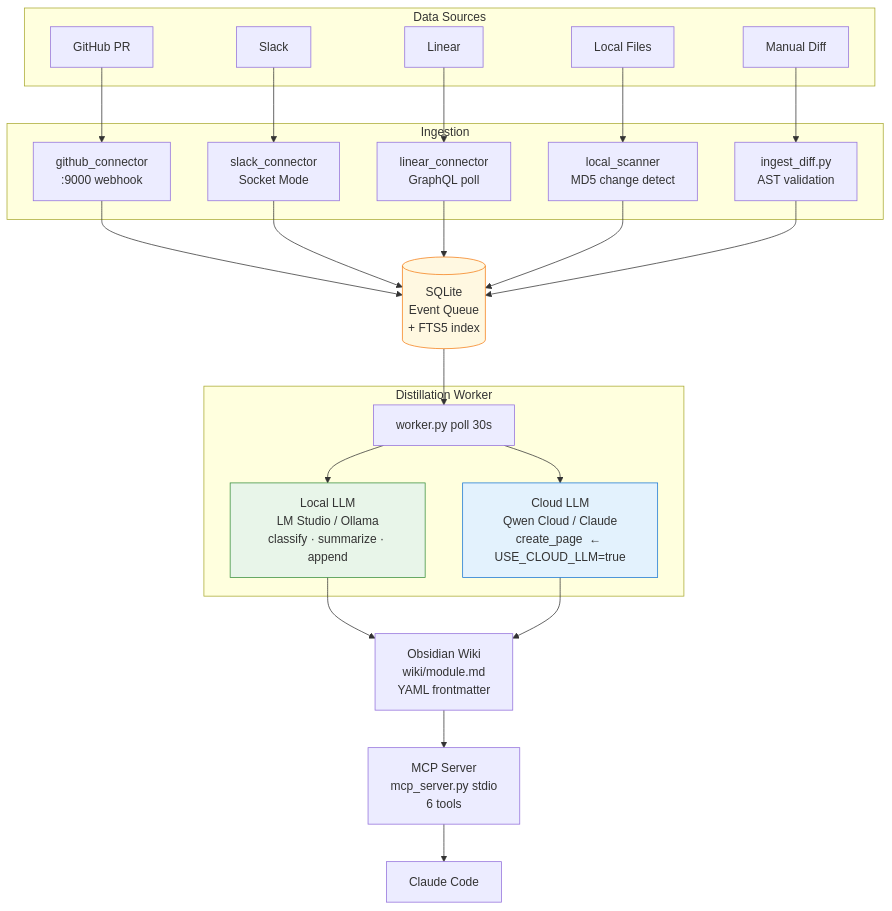
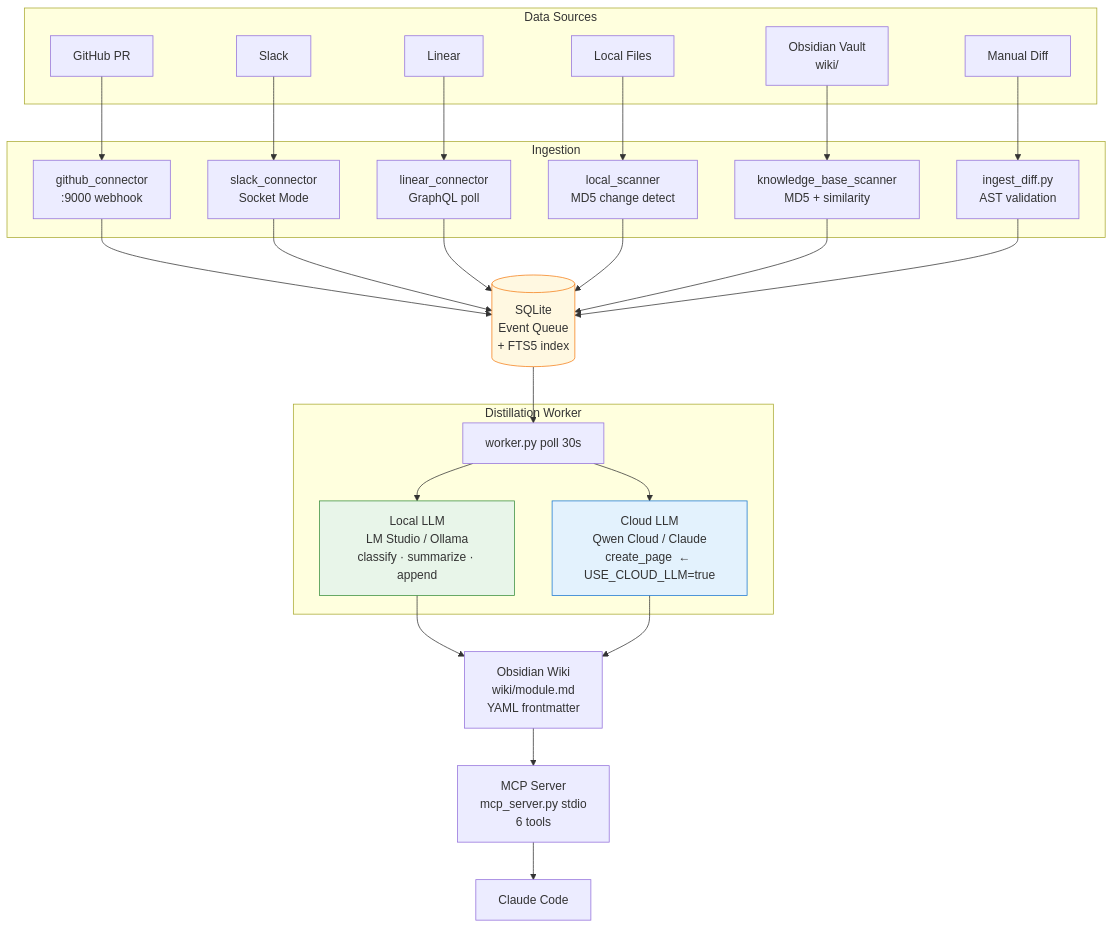
The diagram in README.md (thomaschen-tw/shadow-wiki), drawn with Mermaid before and after one commit. The commit also changed other lines of this file and 4 other files, not shown here.

First line of the commit message:
docs: knowledge base digest — README, SOP, workflow, architecture

````diff
--- a/README.md
+++ b/README.md
@@ -24,41 +24,43 @@
 ```mermaid
 flowchart TD
     subgraph sources["Data Sources"]
         GH["GitHub PR"] 
         SL["Slack"]
         LI["Linear"]
         FS["Local Files"]
+        KB["Obsidian Vault\nwiki/"]
         CLI["Manual Diff"]
     end
 
     subgraph ingest["Ingestion"]
         GH_C["github_connector\n:9000 webhook"]
         SL_C["slack_connector\nSocket Mode"]
         LI_C["linear_connector\nGraphQL poll"]
         LS_C["local_scanner\nMD5 change detect"]
+        KB_C["knowledge_base_scanner\nMD5 + similarity"]
         ID["ingest_diff.py\nAST validation"]
     end
 
     DB[("SQLite\nEvent Queue\n+ FTS5 index")]
 
     subgraph worker["Distillation Worker"]
         W["worker.py  poll 30s"]
         LOCAL["Local LLM\nLM Studio / Ollama\nclassify · summarize · append"]
         CLOUD["Cloud LLM\nQwen Cloud / Claude\ncreate_page  ← USE_CLOUD_LLM=true"]
     end
 
     WIKI["Obsidian Wiki\nwiki/module.md\nYAML frontmatter"]
     MCP["MCP Server\nmcp_server.py stdio\n6 tools"]
     CC["Claude Code"]
 
-    GH-->GH_C; SL-->SL_C; LI-->LI_C; FS-->LS_C; CLI-->ID
-    GH_C & SL_C & LI_C & LS_C & ID --> DB
+    GH-->GH_C; SL-->SL_C; LI-->LI_C; FS-->LS_C; KB-->KB_C; CLI-->ID
+    GH_C & SL_C & LI_C & LS_C & KB_C & ID --> DB
     DB --> W
     W --> LOCAL --> WIKI
     W --> CLOUD --> WIKI
     WIKI --> MCP --> CC
 
     style LOCAL fill:#e8f5e9,stroke:#388e3c
     style CLOUD fill:#e3f2fd,stroke:#1976d2
     style DB fill:#fff8e1,stroke:#f57f17
 ```
````
